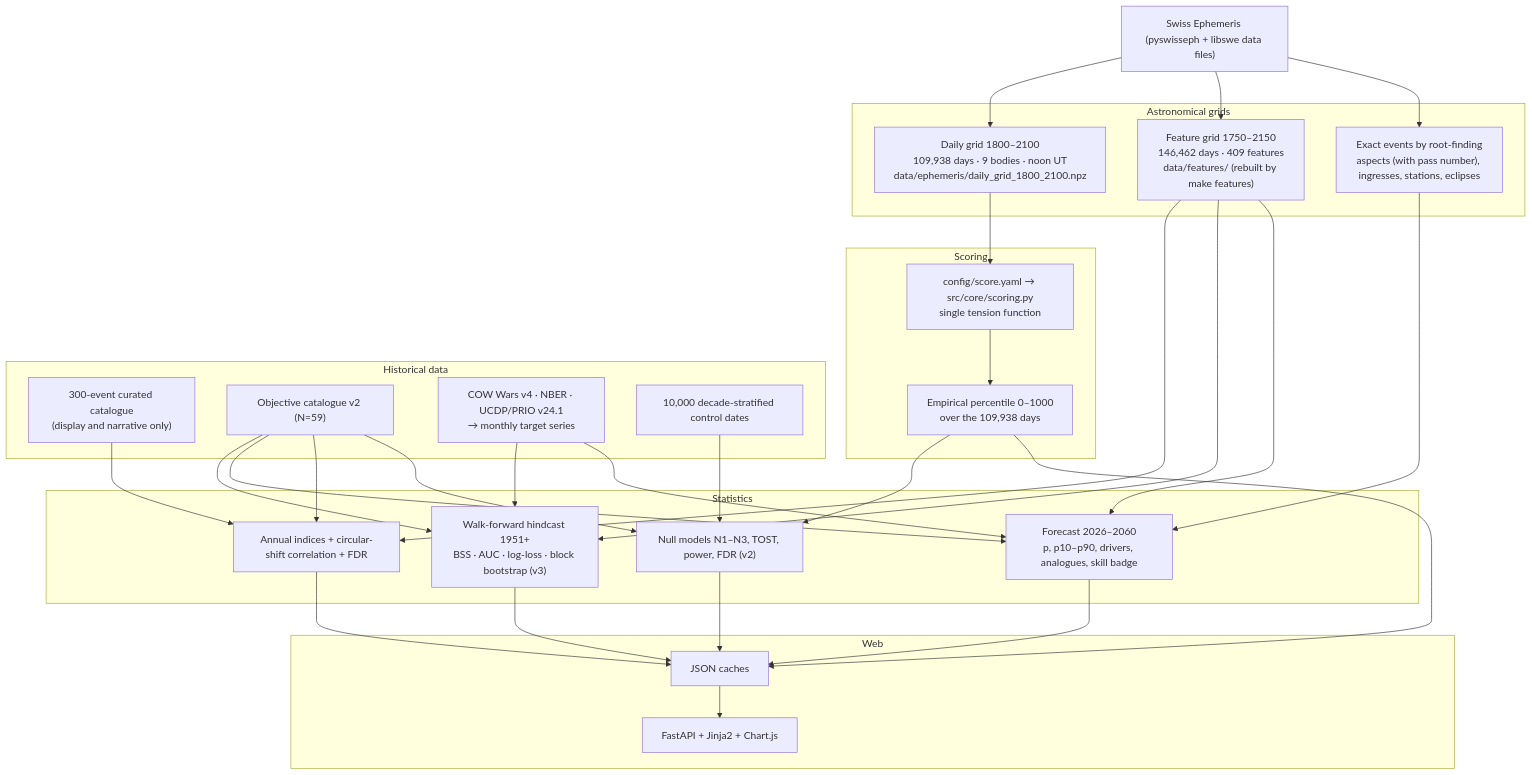
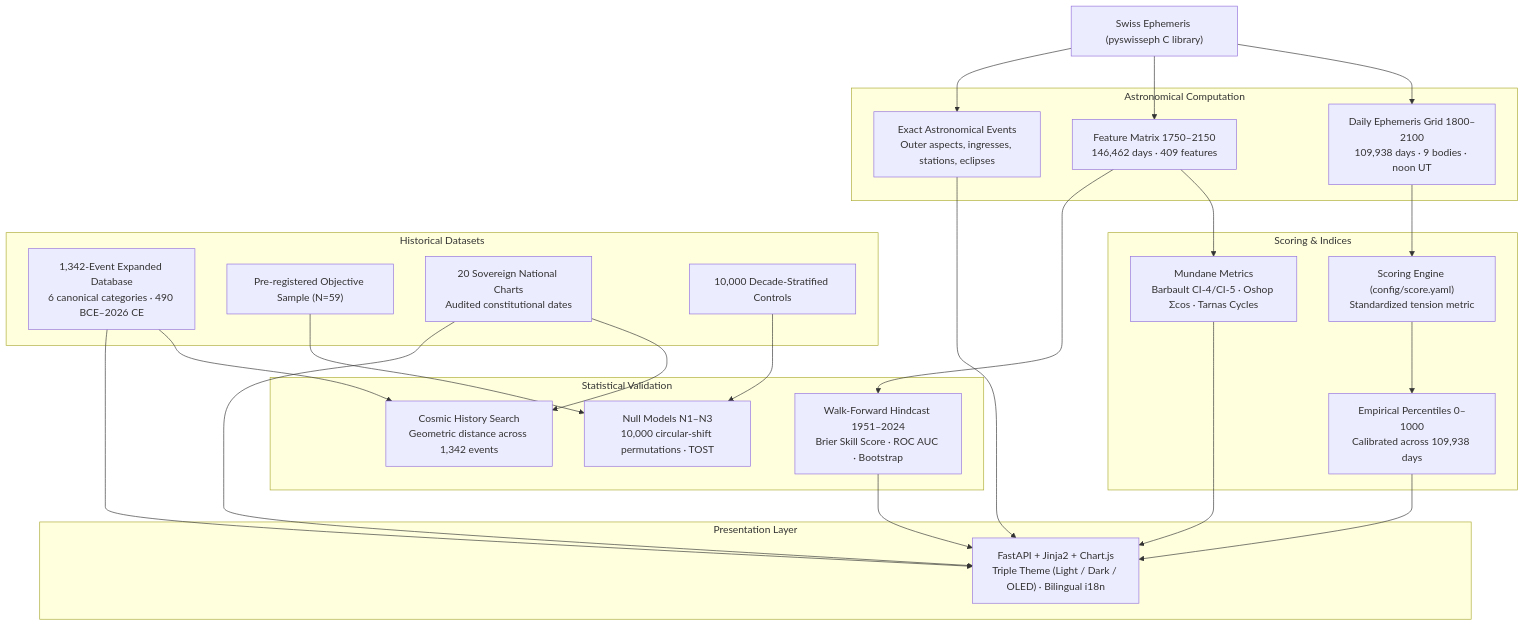
One commit to marceloasl99/astro-history changed the diagram in README.md. Above: the diagram before and after it, drawn with Mermaid. The commit also changed other lines of this file and 79 other files, not shown here.

First line of the commit message:
feat: release v5.0.0 - 1,342 historical events, international methods, sovereign charts, triple-theme UI, bilingual i18n

````diff
--- a/README.md
+++ b/README.md
@@ -91,43 +107,40 @@
 ```mermaid
 flowchart TD
-    SWE["Swiss Ephemeris (pyswisseph + libswe data files)"]
+    SWE["Swiss Ephemeris (pyswisseph C library)"]
 
-    subgraph "Astronomical grids"
-        GRID["Daily grid 1800–2100<br/>109,938 days · 9 bodies · noon UT<br/>data/ephemeris/daily_grid_1800_2100.npz"]
-        FEAT["Feature grid 1750–2150<br/>146,462 days · 409 features<br/>data/features/ (rebuilt by make features)"]
-        EXACT["Exact events by root-finding<br/>aspects (with pass number), ingresses, stations, eclipses"]
+    subgraph "Astronomical Computation"
+        GRID["Daily Ephemeris Grid 1800–2100<br/>109,938 days · 9 bodies · noon UT"]
+        FEAT["Feature Matrix 1750–2150<br/>146,462 days · 409 features"]
+        EXACT["Exact Astronomical Events<br/>Outer aspects, ingresses, stations, eclipses"]
     end
 
-    subgraph "Scoring"
-        SCORE["config/score.yaml → src/core/scoring.py<br/>single tension function"]
-        PCT["Empirical percentile 0–1000<br/>over the 109,938 days"]
+    subgraph "Scoring & Indices"
+        SCORE["Scoring Engine (config/score.yaml)<br/>Standardized tension metric"]
+        PCT["Empirical Percentiles 0–1000<br/>Calibrated across 109,938 days"]
+        MUNDANE["Mundane Metrics<br/>Barbault CI-4/CI-5 · Oshop Σcos · Tarnas Cycles"]
     end
 
-    subgraph "Historical data"
-        CAT["300-event curated catalogue<br/>(display and narrative only)"]
-        V2["Objective catalogue v2 (N=59)"]
-        EXT["COW Wars v4 · NBER · UCDP/PRIO v24.1<br/>→ monthly target series"]
-        CTRL["10,000 decade-stratified control dates"]
+    subgraph "Historical Datasets"
+        CAT["1,342-Event Expanded Database<br/>6 canonical categories · 490 BCE–2026 CE"]
+        V2["Pre-registered Objective Sample (N=59)"]
+        NAT["20 Sovereign National Charts<br/>Audited constitutional dates"]
+        CTRL["10,000 Decade-Stratified Controls"]
     end
 
-    subgraph "Statistics"
-        NULL["Null models N1–N3, TOST, power, FDR (v2)"]
-        HIND["Walk-forward hindcast 1951+<br/>BSS · AUC · log-loss · block bootstrap (v3)"]
-        ANN["Annual indices + circular-shift correlation + FDR"]
-        FC["Forecast 2026–2060<br/>p, p10–p90, drivers, analogues, skill badge"]
+    subgraph "Statistical Validation"
+        NULL["Null Models N1–N3<br/>10,000 circular-shift permutations · TOST"]
+        HIND["Walk-Forward Hindcast 1951–2024<br/>Brier Skill Score · ROC AUC · Bootstrap"]
+        ANALOG["Cosmic History Search<br/>Geometric distance across 1,342 events"]
     end
 
-    subgraph "Web"
-        CACHE["JSON caches"]
-        APP["FastAPI + Jinja2 + Chart.js"]
+    subgraph "Presentation Layer"
+        APP["FastAPI + Jinja2 + Chart.js<br/>Triple Theme (Light / Dark / OLED) · Bilingual i18n"]
     end
 
     SWE --> GRID & FEAT & EXACT
     GRID --> SCORE --> PCT
-    FEAT --> ANN & HIND & FC
-    EXACT --> FC
-    V2 & EXT --> HIND & FC
-    V2 & CAT --> ANN
-    V2 & CTRL & PCT --> NULL
-    NULL & HIND & ANN & FC & PCT --> CACHE --> APP
+    FEAT --> MUNDANE & HIND
+    CAT & NAT --> ANALOG & APP
+    V2 & CTRL --> NULL
+    PCT & EXACT & HIND & MUNDANE --> APP
 ```
````
